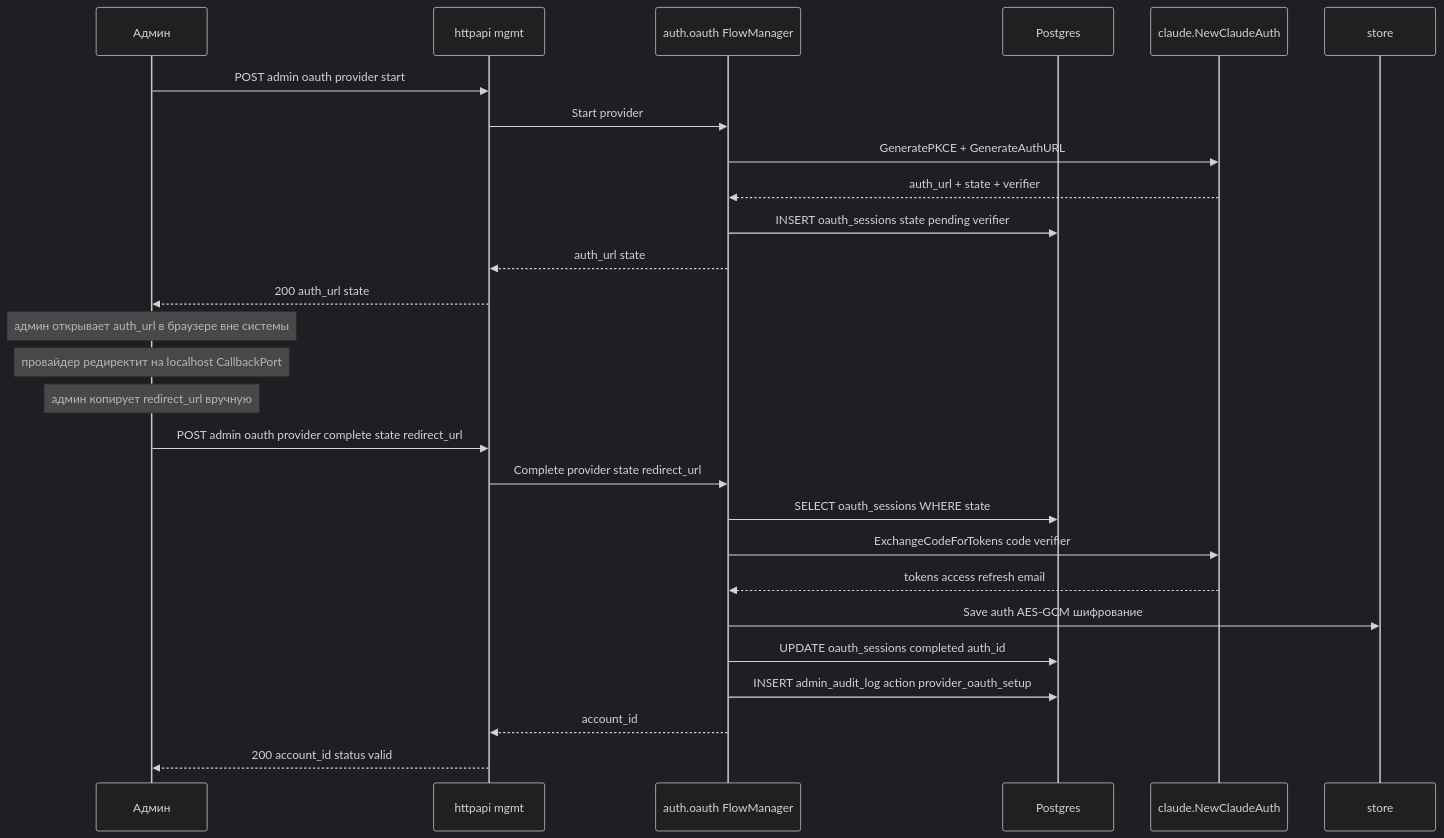
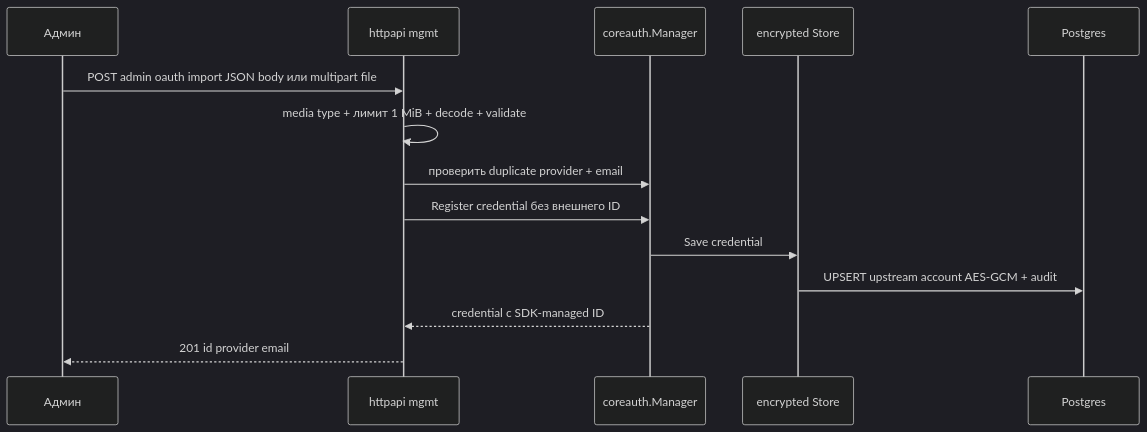
The sixth of 7 diagrams in docs/architecture.md (ilyast91/CLIProxyNew), drawn with Mermaid (dark theme) before and after one commit. The commit also changed other lines of this file and 25 other files, not shown here.

Commit message:
feat(httpapi): добавить файловый импорт OAuth credential

````diff
--- a/docs/architecture.md
+++ b/docs/architecture.md
@@ -260,30 +262,17 @@
 ```mermaid
 sequenceDiagram
     participant A as Админ
     participant H as httpapi mgmt
-    participant FM as auth.oauth FlowManager
+    participant M as coreauth.Manager
+    participant Store as encrypted Store
     participant DB as Postgres
-    participant Svc as claude.NewClaudeAuth
-    participant Store as store
 
-    A->>H: POST admin oauth provider start
-    H->>FM: Start provider
-    FM->>Svc: GeneratePKCE + GenerateAuthURL
-    Svc-->>FM: auth_url + state + verifier
-    FM->>DB: INSERT oauth_sessions state pending verifier
-    FM-->>H: auth_url state
-    H-->>A: 200 auth_url state
-    Note over A: админ открывает auth_url в браузере вне системы
-    Note over A: провайдер редиректит на localhost CallbackPort
-    Note over A: админ копирует redirect_url вручную
-    A->>H: POST admin oauth provider complete state redirect_url
-    H->>FM: Complete provider state redirect_url
-    FM->>DB: SELECT oauth_sessions WHERE state
-    FM->>Svc: ExchangeCodeForTokens code verifier
-    Svc-->>FM: tokens access refresh email
-    FM->>Store: Save auth AES-GCM шифрование
-    FM->>DB: UPDATE oauth_sessions completed auth_id
-    FM->>DB: INSERT admin_audit_log action provider_oauth_setup
-    FM-->>H: account_id
-    H-->>A: 200 account_id status valid
+    A->>H: POST admin oauth import JSON body или multipart file
+    H->>H: media type + лимит 1 MiB + decode + validate
+    H->>M: проверить duplicate provider + email
+    H->>M: Register credential без внешнего ID
+    M->>Store: Save credential
+    Store->>DB: UPSERT upstream account AES-GCM + audit
+    M-->>H: credential с SDK-managed ID
+    H-->>A: 201 id provider email
 ```
````
